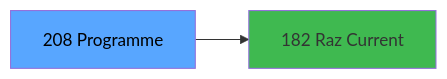
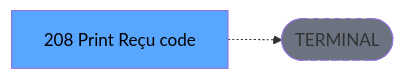
The third of 3 diagrams in .openspec/renders/ADH-IDE-208.md (thonyAGP/lecteur-magic), drawn with Mermaid before and after one commit. The commit also changed other lines of this file and 701 other files, not shown here.

````diff
--- a/.openspec/renders/ADH-IDE-208.md
+++ b/.openspec/renders/ADH-IDE-208.md
@@ -137,8 +135,8 @@
 ```mermaid
 graph LR
-    T[208 Programme]
-    C182[182 Raz Current ]
-    T --> C182
+    T[208 Print Reçu code]
+    TERM([TERMINAL])
+    T -.-> TERM
+    style TERM fill:#6b7280,stroke-dasharray: 5 5
     style T fill:#58a6ff,color:#000
-    style C182 fill:#3fb950
 ```
````
